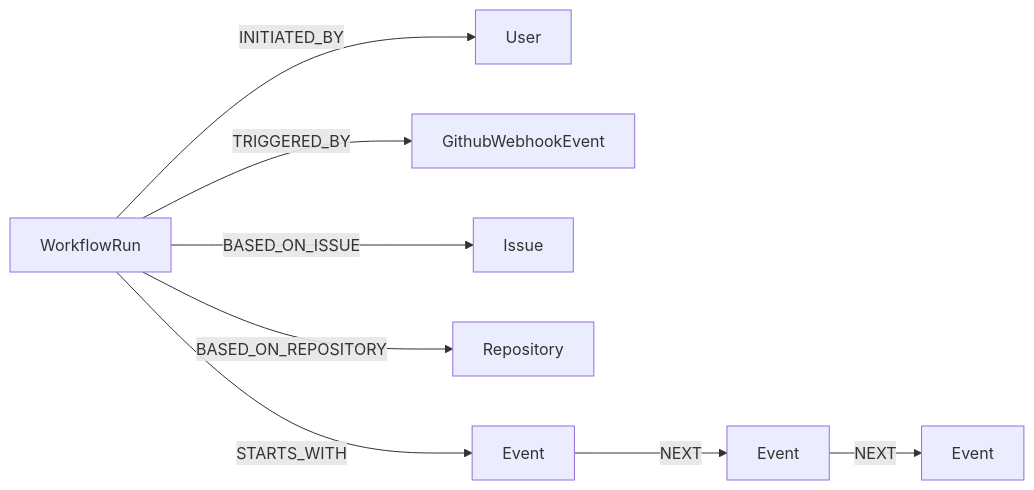
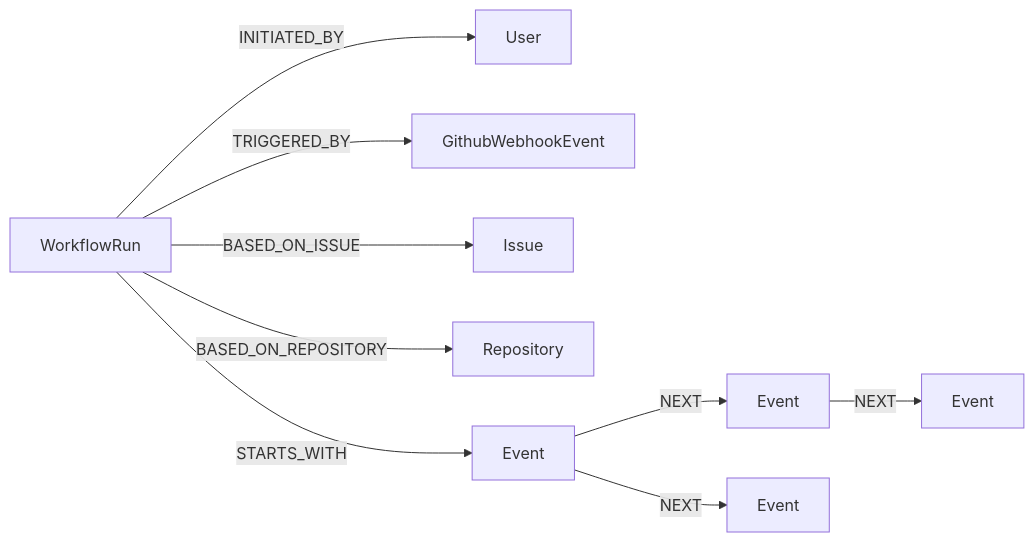
One commit to youngchingjui/issue-to-pr changed the diagram in docs/specs/workflow-runs-neo4j.md. Above: the diagram before and after it, drawn with Mermaid. The commit also changed other lines of this file and 4 other files, not shown here.

````diff
--- a/docs/specs/workflow-runs-neo4j.md
+++ b/docs/specs/workflow-runs-neo4j.md
@@ -10,10 +10,11 @@
 ```mermaid
 graph LR
     WR[WorkflowRun] -->|INITIATED_BY| U[User]
     WR -->|TRIGGERED_BY| WH[GithubWebhookEvent]
     WR -->|BASED_ON_ISSUE| I[Issue]
     WR -->|BASED_ON_REPOSITORY| R[Repository]
     WR -->|STARTS_WITH| E1[Event]
     E1 -->|NEXT| E2[Event]
+    E1 -->|NEXT| E2b[Event]:::parallel
     E2 -->|NEXT| E3[Event]
 ```
````
